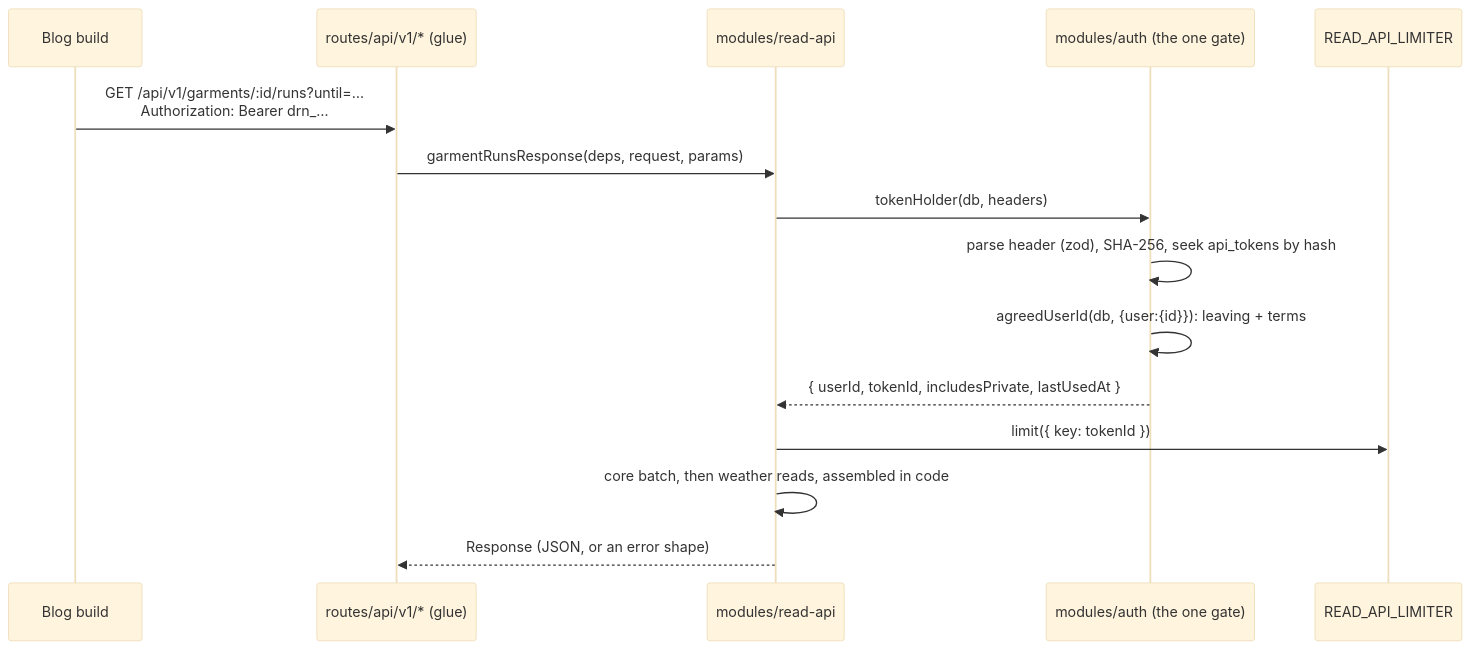
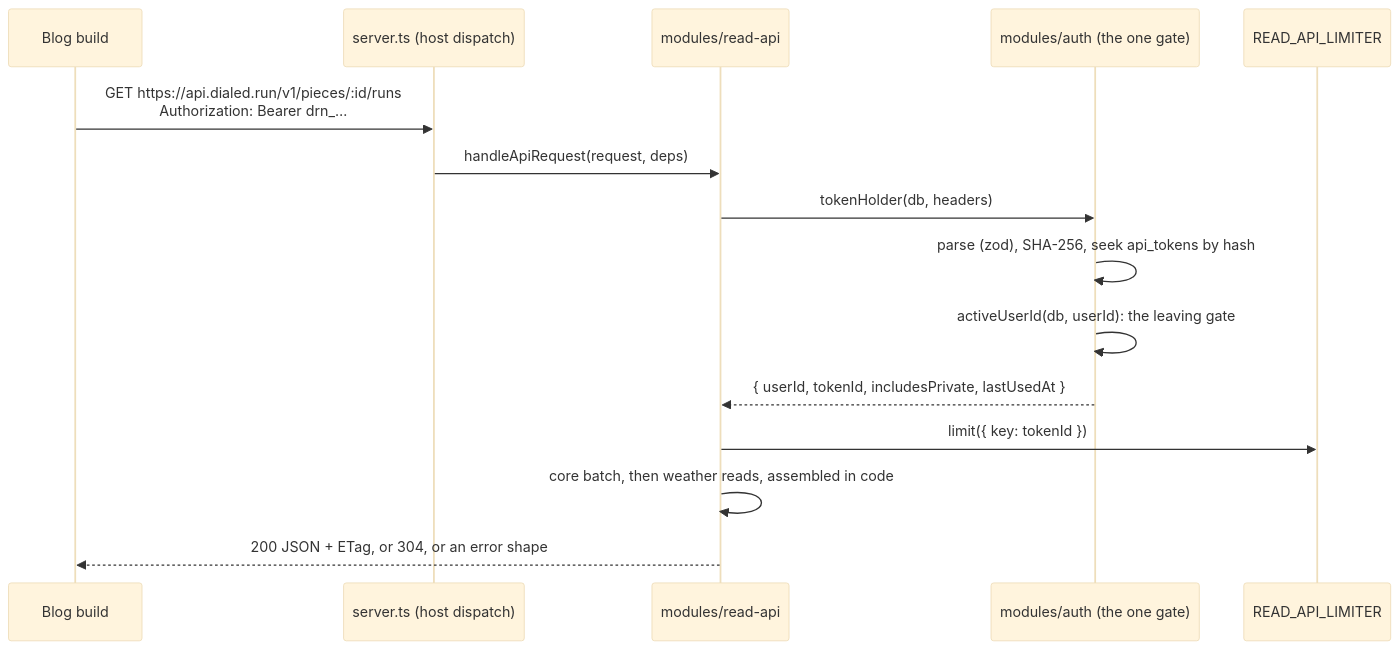
Before and after one commit to ddteeter/dialed.run: the diagram in docs/designs/130-read-api.md, drawn with Mermaid (base theme). The commit also changed other lines of this file and 2 other files, not shown here.

First line of the commit message:
Design 130: general-purpose read API on api.dialed.run (owner, 2026-10-03)

````diff
--- a/docs/designs/130-read-api.md
+++ b/docs/designs/130-read-api.md
@@ -70,17 +164,17 @@
 ```mermaid
 sequenceDiagram
   participant B as Blog build
-  participant R as routes/api/v1/* (glue)
+  participant S as server.ts (host dispatch)
   participant A as modules/read-api
   participant G as modules/auth (the one gate)
   participant L as READ_API_LIMITER
-  B->>R: GET /api/v1/garments/:id/runs?until=…<br/>Authorization: Bearer drn_…
-  R->>A: garmentRunsResponse(deps, request, params)
+  B->>S: GET https://api.dialed.run/v1/pieces/:id/runs<br/>Authorization: Bearer drn_…
+  S->>A: handleApiRequest(request, deps)
   A->>G: tokenHolder(db, headers)
-  G->>G: parse header (zod), SHA-256, seek api_tokens by hash
-  G->>G: agreedUserId(db, {user:{id}}): leaving + terms
+  G->>G: parse (zod), SHA-256, seek api_tokens by hash
+  G->>G: activeUserId(db, userId): the leaving gate
   G-->>A: { userId, tokenId, includesPrivate, lastUsedAt }
   A->>L: limit({ key: tokenId })
   A->>A: core batch, then weather reads, assembled in code
-  A-->>R: Response (JSON, or an error shape)
+  A-->>B: 200 JSON + ETag, or 304, or an error shape
 ```
````
